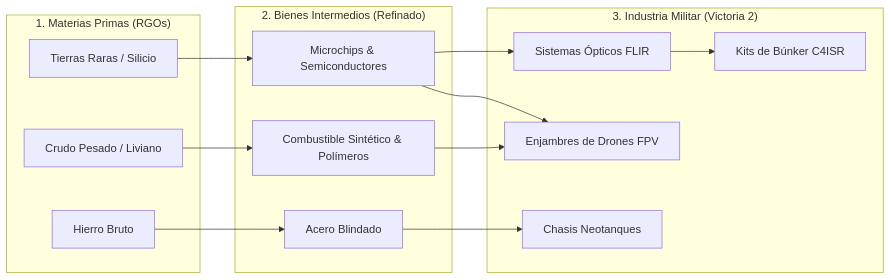
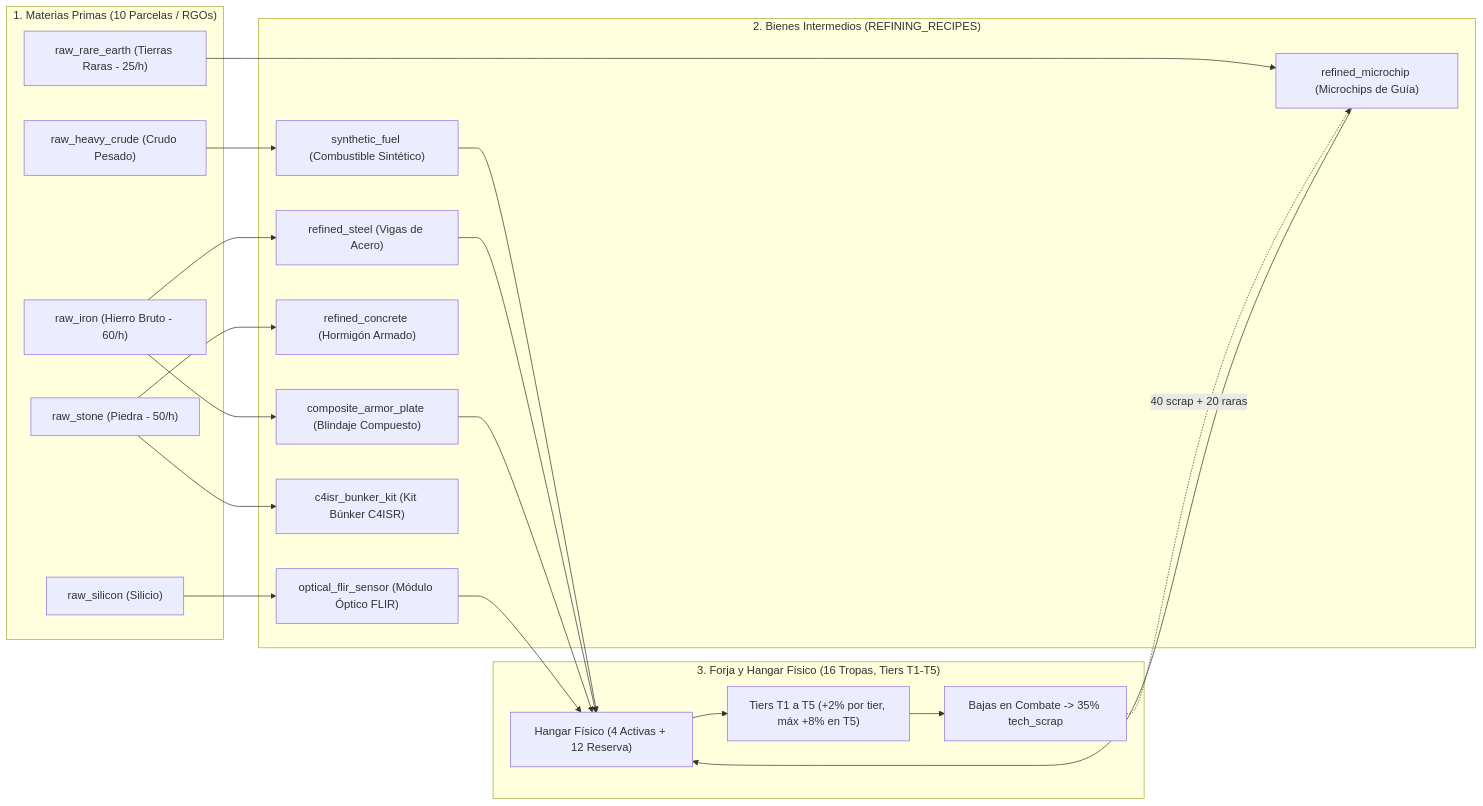
One commit to davikisea/GEOTACTICS-ONLINE changed the second of 2 diagrams in docs/ARQUITECTURA_FEUDOS_CADENA_INDUSTRIAL_ALICE_ALBION.md. Above: the diagram before and after it, drawn with Mermaid. The commit also changed other lines of this file and 352 other files, not shown here.

Commit message:
feat(architecture): migración modular a 4 dominios (@domains/*), consolidación de base de datos y sincronización de suites deterministas

````diff
--- a/docs/ARQUITECTURA_FEUDOS_CADENA_INDUSTRIAL_ALICE_ALBION.md
+++ b/docs/ARQUITECTURA_FEUDOS_CADENA_INDUSTRIAL_ALICE_ALBION.md
@@ -77,31 +114,43 @@
 ```mermaid
 graph LR
-    subgraph MateriasPrimas ["1. Materias Primas (RGOs)"]
-        Crudo["Crudo Pesado / Liviano"]
-        Hierro["Hierro Bruto"]
-        Silicio["Tierras Raras / Silicio"]
+    subgraph MateriasPrimas ["1. Materias Primas (10 Parcelas / RGOs)"]
+        Crudo["raw_heavy_crude (Crudo Pesado)"]
+        Hierro["raw_iron (Hierro Bruto - 60/h)"]
+        Piedra["raw_stone (Piedra - 50/h)"]
+        Raras["raw_rare_earth (Tierras Raras - 25/h)"]
+        Silicio["raw_silicon (Silicio)"]
     end
 
-    subgraph Refinado ["2. Bienes Intermedios (Refinado)"]
-        Polimeros["Combustible Sintético & Polímeros"]
-        Acero["Acero Blindado"]
-        Microchips["Microchips & Semiconductores"]
+    subgraph Refinado ["2. Bienes Intermedios (REFINING_RECIPES)"]
+        Polimeros["synthetic_fuel (Combustible Sintético)"]
+        Acero["refined_steel (Vigas de Acero)"]
+        Blindaje["composite_armor_plate (Blindaje Compuesto)"]
+        Hormigon["refined_concrete (Hormigón Armado)"]
+        Microchips["refined_microchip (Microchips de Guía)"]
+        Optica["optical_flir_sensor (Módulo Óptico FLIR)"]
+        BunkerKit["c4isr_bunker_kit (Kit Búnker C4ISR)"]
     end
 
-    subgraph ManufacturaMilitar ["3. Industria Militar (Victoria 2)"]
-        Optica["Sistemas Ópticos FLIR"]
-        Drones["Enjambres de Drones FPV"]
-        Tanques["Chasis Neotanques"]
-        Checkpoints["Kits de Búnker C4ISR"]
+    subgraph ManufacturaMilitar ["3. Forja y Hangar Físico (16 Tropas, Tiers T1-T5)"]
+        Hangar["Hangar Físico (4 Activas + 12 Reserva)"]
+        Tiers["Tiers T1 a T5 (+2% por tier, máx +8% en T5)"]
+        Scrap["Bajas en Combate -> 35% tech_scrap"]
     end
 
     Crudo --> Polimeros
     Hierro --> Acero
-    Silicio --> Microchips
+    Hierro --> Blindaje
+    Piedra --> Hormigon
+    Piedra --> BunkerKit
+    Raras --> Microchips
+    Silicio --> Optica
 
-    Polimeros --> Drones
-    Acero --> Tanques
-    Microchips --> Optica
-    Microchips --> Drones
-    Optica --> Checkpoints
+    Polimeros --> Hangar
+    Acero --> Hangar
+    Blindaje --> Hangar
+    Microchips --> Hangar
+    Optica --> Hangar
+    Hangar --> Tiers
+    Tiers --> Scrap
+    Scrap -.->|"40 scrap + 20 raras"| Microchips
 ```
````
